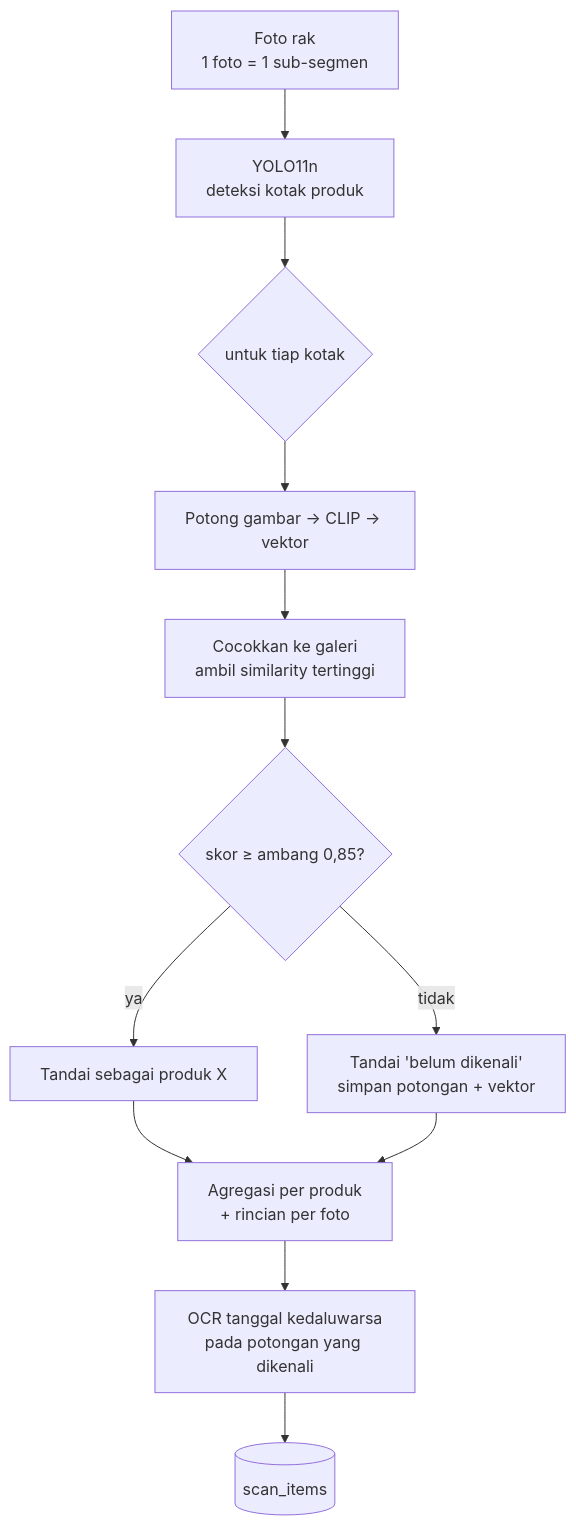
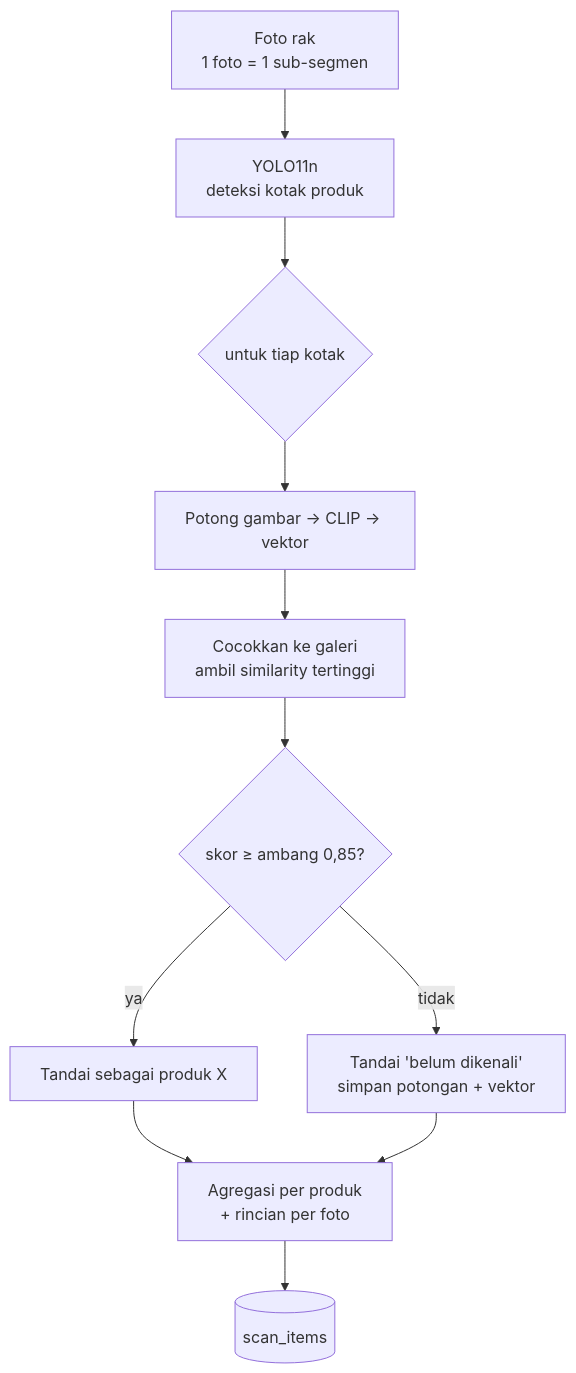
One commit to marshal-rizky/Stocklens changed the fourth of 11 diagrams in docs/proposal/DRAFT-PROPOSAL.md. Above: the diagram before and after it, drawn with Mermaid. The commit also changed other lines of this file, not shown here.

````diff
--- a/docs/proposal/DRAFT-PROPOSAL.md
+++ b/docs/proposal/DRAFT-PROPOSAL.md
@@ -195,14 +196,13 @@
 ```mermaid
 flowchart TB
     P1["Foto rak<br/>1 foto = 1 sub-segmen"] --> P2["YOLO11n<br/>deteksi kotak produk"]
     P2 --> P3{"untuk tiap kotak"}
     P3 --> P4["Potong gambar → CLIP → vektor"]
     P4 --> P5["Cocokkan ke galeri<br/>ambil similarity tertinggi"]
     P5 --> P6{"skor ≥ ambang 0,85?"}
     P6 -- ya --> P7["Tandai sebagai produk X"]
     P6 -- tidak --> P8["Tandai 'belum dikenali'<br/>simpan potongan + vektor"]
     P7 --> P9["Agregasi per produk<br/>+ rincian per foto"]
     P8 --> P9
-    P9 --> P10["OCR tanggal kedaluwarsa<br/>pada potongan yang dikenali"]
-    P10 --> P11[("scan_items")]
+    P9 --> P10[("scan_items")]
 ```
````
